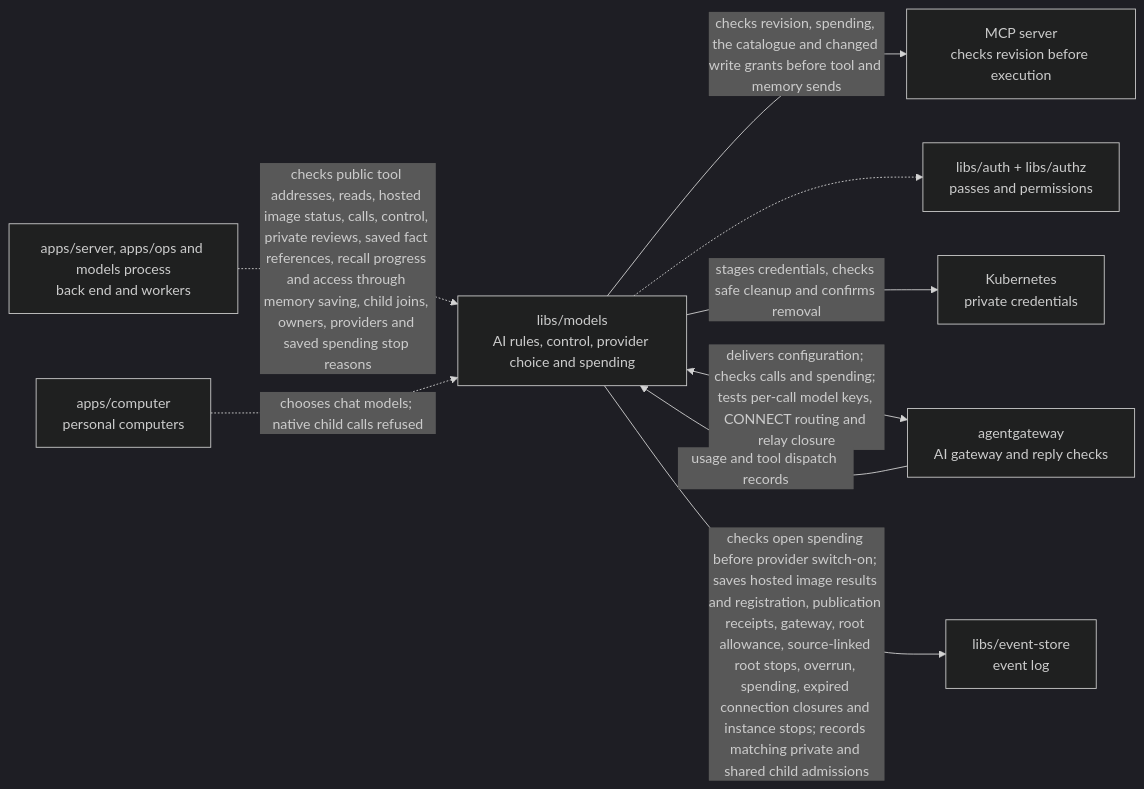
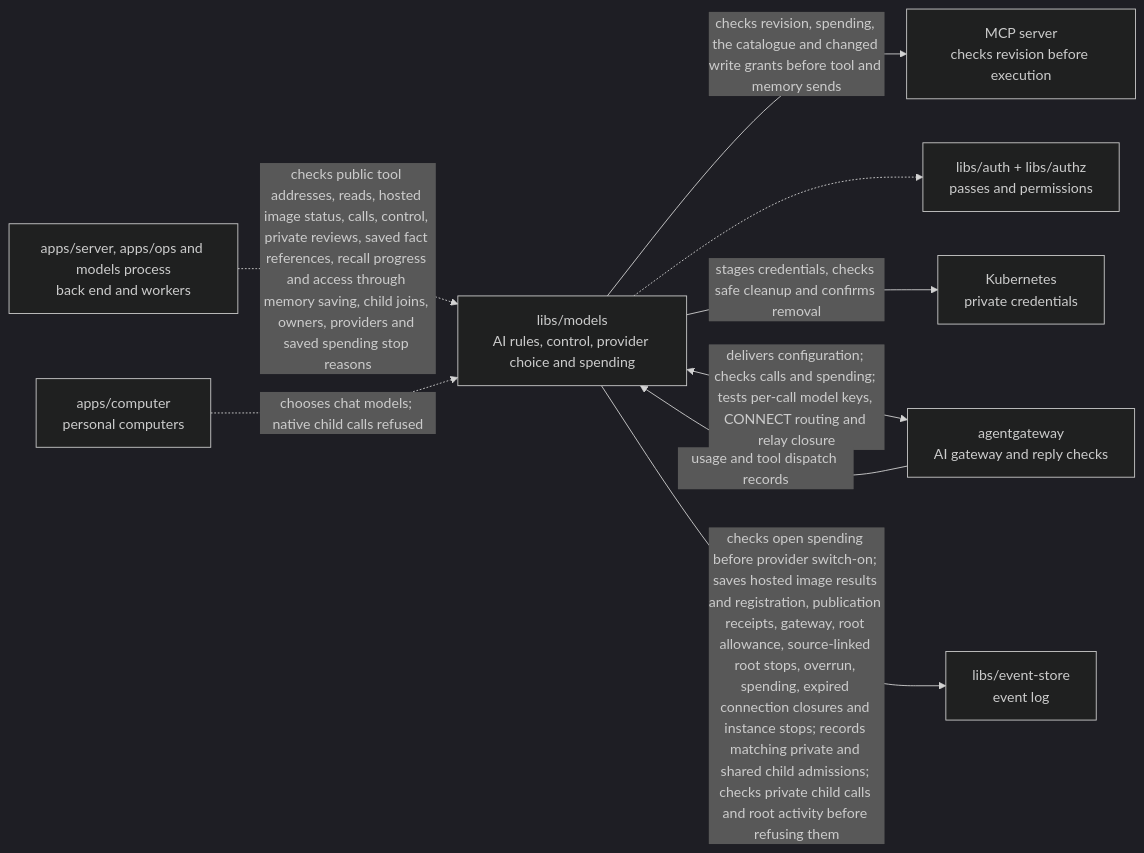
One commit to elewa-git/opencrane-new changed the diagram in libs/models/README.md. Above: the diagram before and after it, drawn with Mermaid (dark theme). The commit also changed other lines of this file and 8 other files, not shown here.

Commit message:
🛑 Check saved native calls and root activity before refusing execution

````diff
--- a/libs/models/README.md
+++ b/libs/models/README.md
@@ -14,11 +14,11 @@
 ```mermaid
 flowchart LR
   server["apps/server, apps/ops and models process<br/>back end and workers"] -.->|checks public tool addresses, reads, hosted image status, calls, control, private reviews, saved fact references, recall progress and access through memory saving, child joins, owners, providers and saved spending stop reasons| models["libs/models<br/>AI rules, control, provider choice and spending"]
   models -->|checks revision, spending, the catalogue and changed write grants before tool and memory sends| mcp["MCP server<br/>checks revision before execution"]
   computer["apps/computer<br/>personal computers"] -.->|chooses chat models; native child calls refused| models
   models -.-> auth["libs/auth + libs/authz<br/>passes and permissions"]
   models -->|stages credentials, checks safe cleanup and confirms removal| custody["Kubernetes<br/>private credentials"]
   models <-->|delivers configuration; checks calls and spending; tests per-call model keys, CONNECT routing and relay closure| gateway["agentgateway<br/>AI gateway and reply checks"]
   gateway -->|usage and tool dispatch records| models
-  models -->|checks open spending before provider switch-on; saves hosted image results and registration, publication receipts, gateway, root allowance, source-linked root stops, overrun, spending, expired connection closures and instance stops; records matching private and shared child admissions| store["libs/event-store<br/>event log"]
+  models -->|checks open spending before provider switch-on; saves hosted image results and registration, publication receipts, gateway, root allowance, source-linked root stops, overrun, spending, expired connection closures and instance stops; records matching private and shared child admissions; checks private child calls and root activity before refusing them| store["libs/event-store<br/>event log"]
 ```
````
